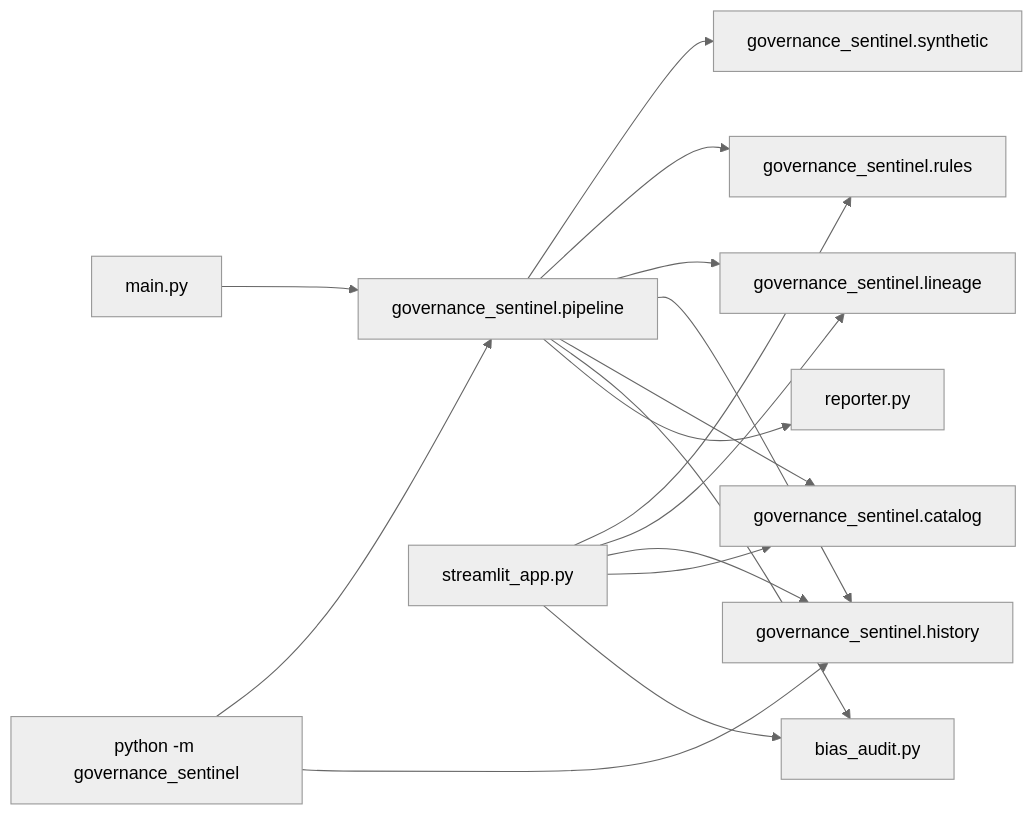
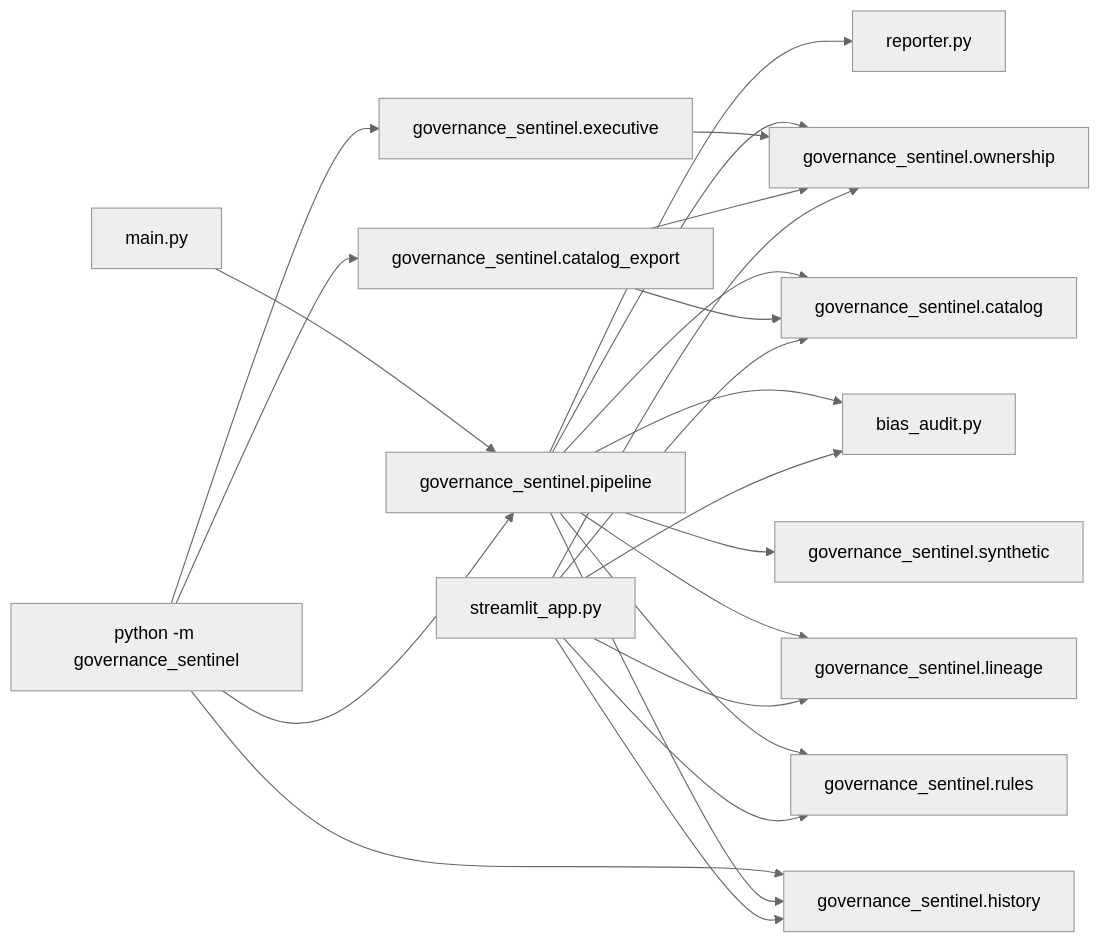
The sixth of 7 diagrams in README.md (delens/Governance-Sentinel), drawn with Mermaid (neutral theme) before and after one commit. The commit also changed other lines of this file and 26 other files, not shown here.

First line of the commit message:
Add a one-page board summary, an ownership matrix, and catalog files. (#6)

````diff
--- a/README.md
+++ b/README.md
@@ -240,30 +261,40 @@
 ```mermaid
 flowchart LR
   mainPy["main.py"]
   cli["python -m governance_sentinel"]
   pipeline["governance_sentinel.pipeline"]
   synthetic["governance_sentinel.synthetic"]
   rulesPy["governance_sentinel.rules"]
   lineagePy["governance_sentinel.lineage"]
   historyPy["governance_sentinel.history"]
   catalogPy["governance_sentinel.catalog"]
+  ownershipPy["governance_sentinel.ownership"]
+  executivePy["governance_sentinel.executive"]
+  catalogExport["governance_sentinel.catalog_export"]
   biasPy["bias_audit.py"]
   reporterPy["reporter.py"]
   app["streamlit_app.py"]
 
   mainPy --> pipeline
   cli --> pipeline
   cli --> historyPy
+  cli --> executivePy
+  cli --> catalogExport
   pipeline --> synthetic
   pipeline --> rulesPy
   pipeline --> lineagePy
   pipeline --> historyPy
   pipeline --> catalogPy
+  pipeline --> ownershipPy
   pipeline --> biasPy
   pipeline --> reporterPy
+  executivePy --> ownershipPy
+  catalogExport --> ownershipPy
+  catalogExport --> catalogPy
   app --> rulesPy
   app --> lineagePy
   app --> historyPy
   app --> catalogPy
+  app --> ownershipPy
   app --> biasPy
 ```
````
